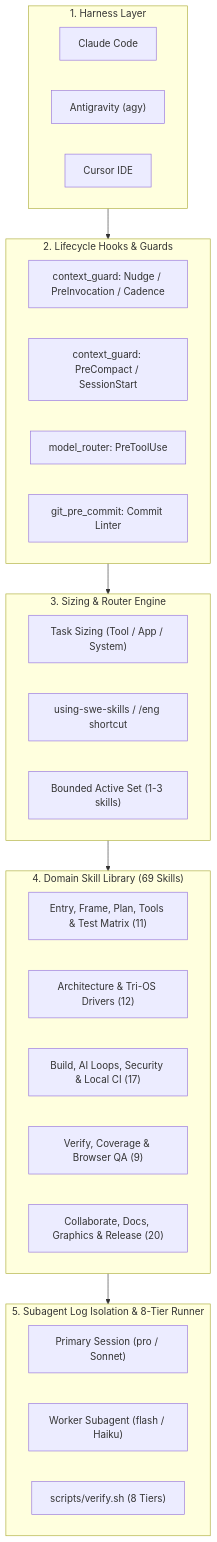
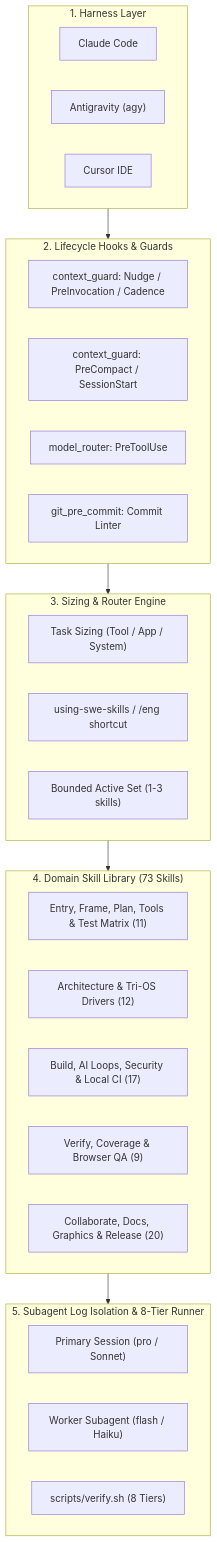
The diagram in docs/architecture.md (bsommers/swe-skills-2), drawn with Mermaid before and after one commit. The commit also changed 27 other files, not shown here.

````diff
--- a/docs/architecture.md
+++ b/docs/architecture.md
@@ -15,40 +15,40 @@
 ```mermaid
 flowchart TD
     subgraph HarnessLayer["1. Harness Layer"]
         Claude["Claude Code"]
         Agy["Antigravity (agy)"]
         Cursor["Cursor IDE"]
     end
 
     subgraph HookLayer["2. Lifecycle Hooks & Guards"]
         Nudge["context_guard: Nudge / PreInvocation / Cadence"]
         CompGuard["context_guard: PreCompact / SessionStart"]
         RouterGuard["model_router: PreToolUse"]
         GitGuard["git_pre_commit: Commit Linter"]
     end
 
     subgraph RoutingLayer["3. Sizing & Router Engine"]
         Sizer["Task Sizing (Tool / App / System)"]
         Router["using-swe-skills / /eng shortcut"]
         ActiveSet["Bounded Active Set (1-3 skills)"]
     end
 
-    subgraph SkillTaxonomy["4. Domain Skill Library (69 Skills)"]
+    subgraph SkillTaxonomy["4. Domain Skill Library (73 Skills)"]
         FramePlan["Entry, Frame, Plan, Tools & Test Matrix (11)"]
         ArchDomain["Architecture & Tri-OS Drivers (12)"]
         BuildDomain["Build, AI Loops, Security & Local CI (17)"]
         VerifyDomain["Verify, Coverage & Browser QA (9)"]
         CollabDomain["Collaborate, Docs, Graphics & Release (20)"]
     end
 
     subgraph IsolationLayer["5. Subagent Log Isolation & 8-Tier Runner"]
         Primary["Primary Session (pro / Sonnet)"]
         Worker["Worker Subagent (flash / Haiku)"]
         VerifySh["scripts/verify.sh (8 Tiers)"]
     end
 
     HarnessLayer --> HookLayer
     HookLayer --> RoutingLayer
     RoutingLayer --> SkillTaxonomy
     SkillTaxonomy --> IsolationLayer
 ```
````
